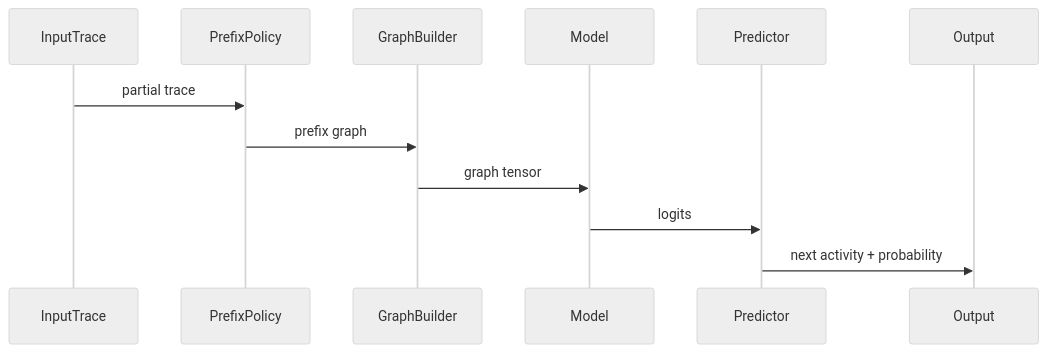
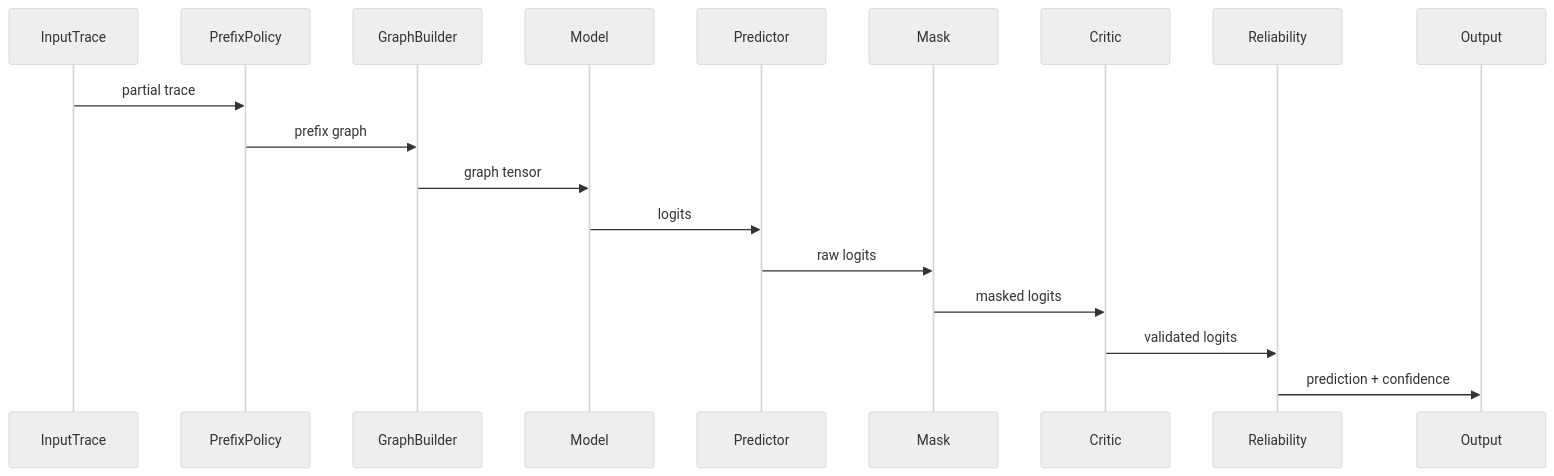
Before and after one commit to ghsrg/bpm_prediction: the fourth of 4 diagrams in ARCHITECTURE_MVP1.MD, drawn with Mermaid (neutral theme). The commit also changed other lines of this file and 2 other files, not shown here.

````diff
--- a/ARCHITECTURE_MVP1.MD
+++ b/ARCHITECTURE_MVP1.MD
@@ -135,14 +150,20 @@
 ```mermaid
 sequenceDiagram
     participant InputTrace
     participant PrefixPolicy
     participant GraphBuilder
     participant Model
     participant Predictor
+    participant Mask
+    participant Critic
+    participant Reliability
 
     InputTrace->>PrefixPolicy: partial trace
     PrefixPolicy->>GraphBuilder: prefix graph
     GraphBuilder->>Model: graph tensor
     Model->>Predictor: logits
-    Predictor->>Output: next activity + probability
+    Predictor->>Mask: raw logits
+    Mask->>Critic: masked logits
+    Critic->>Reliability: validated logits
+    Reliability->>Output: prediction + confidence
 ```
````
